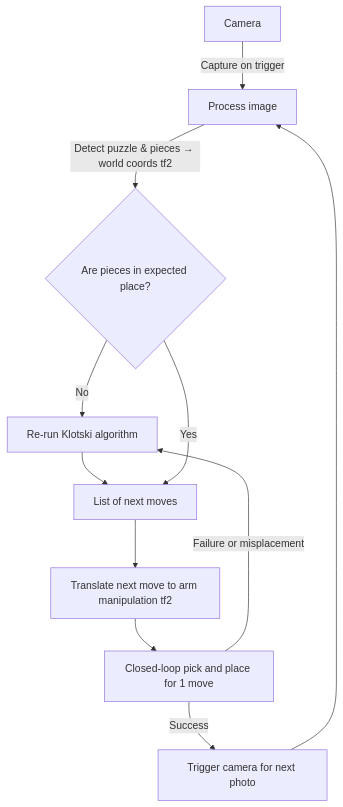
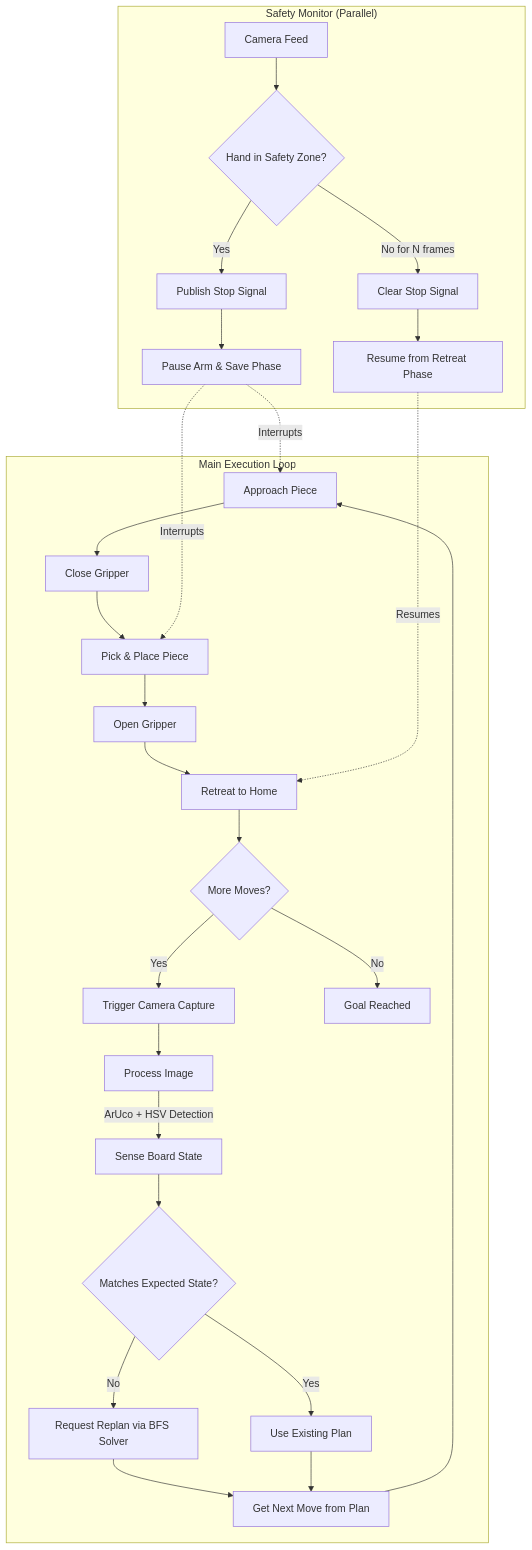
The diagram in README.md (alanchoi00/mtrn4231-klotski-solver), drawn with Mermaid before and after one commit. The commit also changed other lines of this file, not shown here.

Commit message:
update table behaviour tree + node desc for brain, plan and hand safety

````diff
--- a/README.md
+++ b/README.md
@@ -49,13 +82,32 @@
 ```mermaid
 flowchart TD
-    A[Camera] -->|Capture on trigger| B[Process image]
-    B -->|Detect puzzle & pieces → world coords tf2| C{Are pieces in expected place?}
-    C -->|No| D[Re-run Klotski algorithm]
-    D --> E[List of next moves]
-    C -->|Yes| E
-    E --> F[Translate next move to arm manipulation tf2]
-    F --> G[Closed-loop pick and place for 1 move]
-    G -->|Success| H[Trigger camera for next photo]
-    G -->|Failure or misplacement| D
-    H --> B
+    subgraph Safety["Safety Monitor (Parallel)"]
+        S1[Camera Feed] --> S2{Hand in Safety Zone?}
+        S2 -->|Yes| S3[Publish Stop Signal]
+        S3 --> S4[Pause Arm & Save Phase]
+        S2 -->|No for N frames| S5[Clear Stop Signal]
+        S5 --> S6[Resume from Retreat Phase]
+    end
+
+    subgraph Main["Main Execution Loop"]
+        A[Trigger Camera Capture] --> B[Process Image]
+        B -->|ArUco + HSV Detection| C[Sense Board State]
+        C --> D{Matches Expected State?}
+        D -->|No| E[Request Replan via BFS Solver]
+        D -->|Yes| F[Use Existing Plan]
+        E --> G[Get Next Move from Plan]
+        F --> G
+        G --> H[Approach Piece]
+        H --> I[Close Gripper]
+        I --> J[Pick & Place Piece]
+        J --> K[Open Gripper]
+        K --> L[Retreat to Home]
+        L --> M{More Moves?}
+        M -->|Yes| A
+        M -->|No| N[Goal Reached]
+    end
+
+    S4 -.->|Interrupts| H
+    S4 -.->|Interrupts| J
+    S6 -.->|Resumes| L
 ```
````
